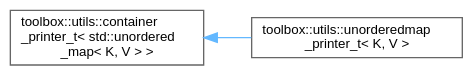
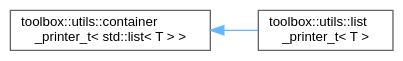
The diagram in inherit_graph_73.dot (nerdneilsfield/cpp-toolbox), drawn with Graphviz before and after one commit. The commit also changed 240 other files, not shown here.

```diff
--- a/inherit_graph_73.dot
+++ b/inherit_graph_73.dot
@@ -1,11 +1,11 @@
 digraph "Graphical Class Hierarchy"
 {
  // LATEX_PDF_SIZE
   bgcolor="transparent";
   edge [fontname=Helvetica,fontsize=10,labelfontname=Helvetica,labelfontsize=10];
   node [fontname=Helvetica,fontsize=10,shape=box,height=0.2,width=0.4];
   rankdir="LR";
-  Node0 [id="Node000000",label="toolbox::utils::container\l_printer_t\< std::unordered\l_map\< K, V \> \>",height=0.2,width=0.4,color="grey40", fillcolor="white", style="filled",URL="$classtoolbox_1_1utils_1_1container__printer__t.html",tooltip=" "];
-  Node0 -> Node1 [id="edge47_Node000000_Node000001",dir="back",color="steelblue1",style="solid",tooltip=" "];
-  Node1 [id="Node000001",label="toolbox::utils::unorderedmap\l_printer_t\< K, V \>",height=0.2,width=0.4,color="grey40", fillcolor="white", style="filled",URL="$classtoolbox_1_1utils_1_1unorderedmap__printer__t.html",tooltip="Unordered Map 打印器/Unordered map printer."];
+  Node0 [id="Node000000",label="toolbox::utils::container\l_printer_t\< std::list\< T \> \>",height=0.2,width=0.4,color="grey40", fillcolor="white", style="filled",URL="$classtoolbox_1_1utils_1_1container__printer__t.html",tooltip=" "];
+  Node0 -> Node1 [id="edge46_Node000000_Node000001",dir="back",color="steelblue1",style="solid",tooltip=" "];
+  Node1 [id="Node000001",label="toolbox::utils::list\l_printer_t\< T \>",height=0.2,width=0.4,color="grey40", fillcolor="white", style="filled",URL="$classtoolbox_1_1utils_1_1list__printer__t.html",tooltip="List 打印器/List printer."];
 }
```
